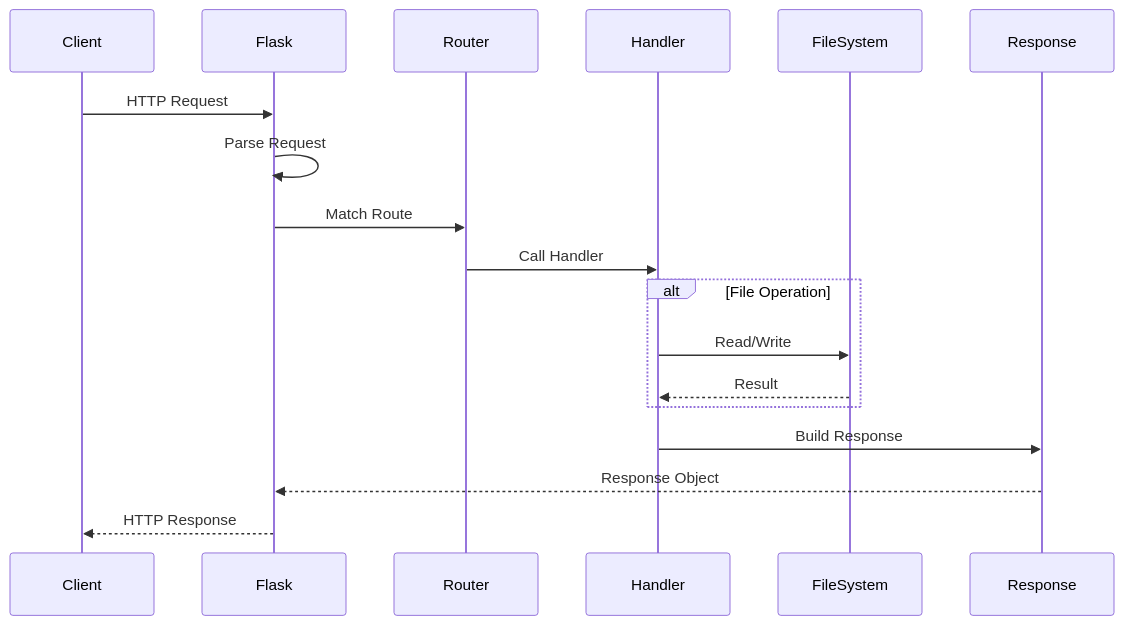
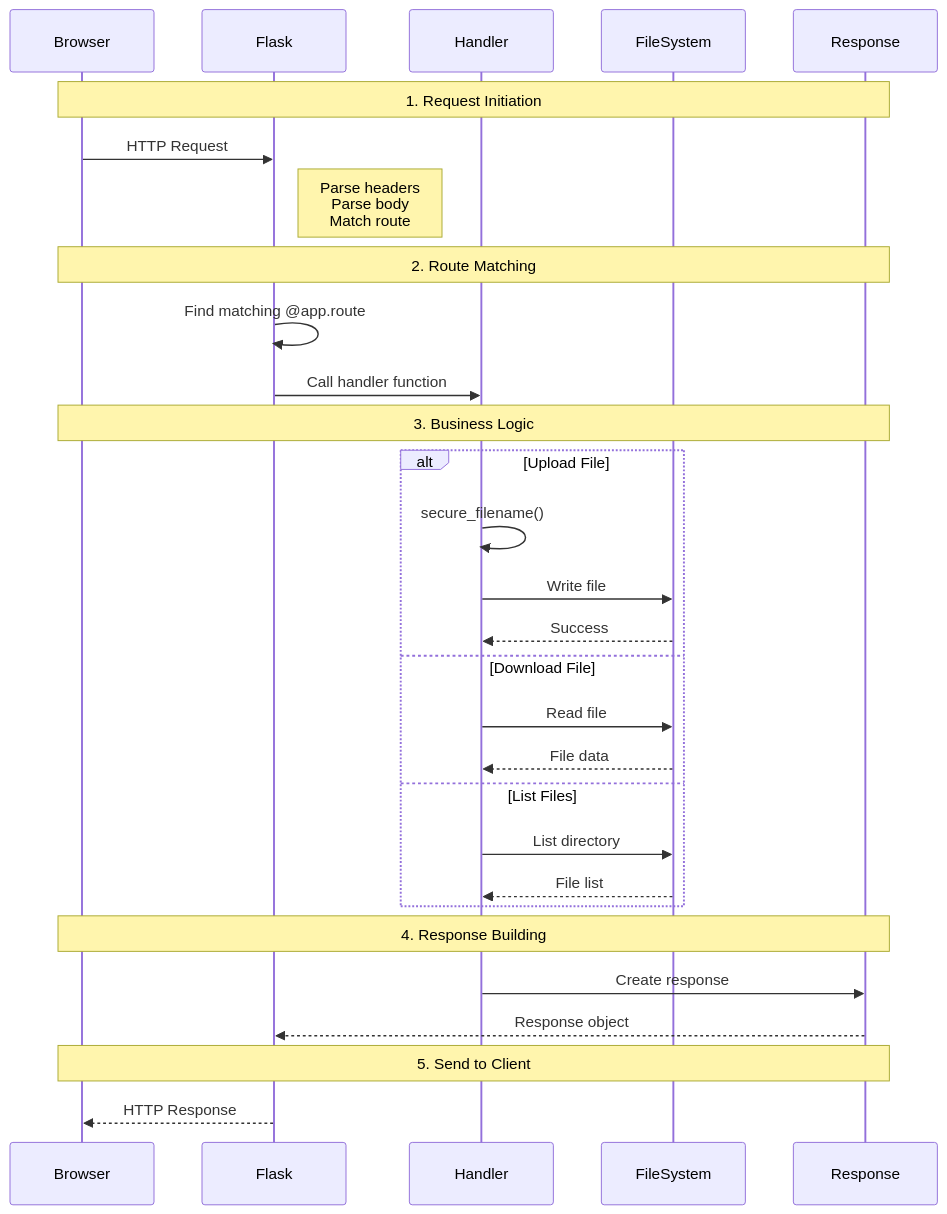
Before and after one commit to hetcharusat/sharejadpi: the second of 16 diagrams in SGP_phase1/docs/architecture.md, drawn with Mermaid. The commit also changed other lines of this file and 1 other file, not shown here.

Commit message:
docs: comprehensive architecture with design patterns, workflows, and diagrams

````diff
--- a/SGP_phase1/docs/architecture.md
+++ b/SGP_phase1/docs/architecture.md
@@ -90,23 +117,36 @@
 ```mermaid
 sequenceDiagram
-    participant Client
+    participant Browser
     participant Flask
-    participant Router
     participant Handler
     participant FileSystem
     participant Response
     
-    Client->>Flask: HTTP Request
-    Flask->>Flask: Parse Request
-    Flask->>Router: Match Route
-    Router->>Handler: Call Handler
+    Note over Browser,Response: 1. Request Initiation
+    Browser->>Flask: HTTP Request
+    Note right of Flask: Parse headers<br/>Parse body<br/>Match route
     
-    alt File Operation
-        Handler->>FileSystem: Read/Write
-        FileSystem-->>Handler: Result
+    Note over Browser,Response: 2. Route Matching
+    Flask->>Flask: Find matching @app.route
+    Flask->>Handler: Call handler function
+    
+    Note over Browser,Response: 3. Business Logic
+    alt Upload File
+        Handler->>Handler: secure_filename()
+        Handler->>FileSystem: Write file
+        FileSystem-->>Handler: Success
+    else Download File
+        Handler->>FileSystem: Read file
+        FileSystem-->>Handler: File data
+    else List Files
+        Handler->>FileSystem: List directory
+        FileSystem-->>Handler: File list
     end
     
-    Handler->>Response: Build Response
-    Response-->>Flask: Response Object
-    Flask-->>Client: HTTP Response
+    Note over Browser,Response: 4. Response Building
+    Handler->>Response: Create response
+    Response-->>Flask: Response object
+    
+    Note over Browser,Response: 5. Send to Client
+    Flask-->>Browser: HTTP Response
 ```
````
